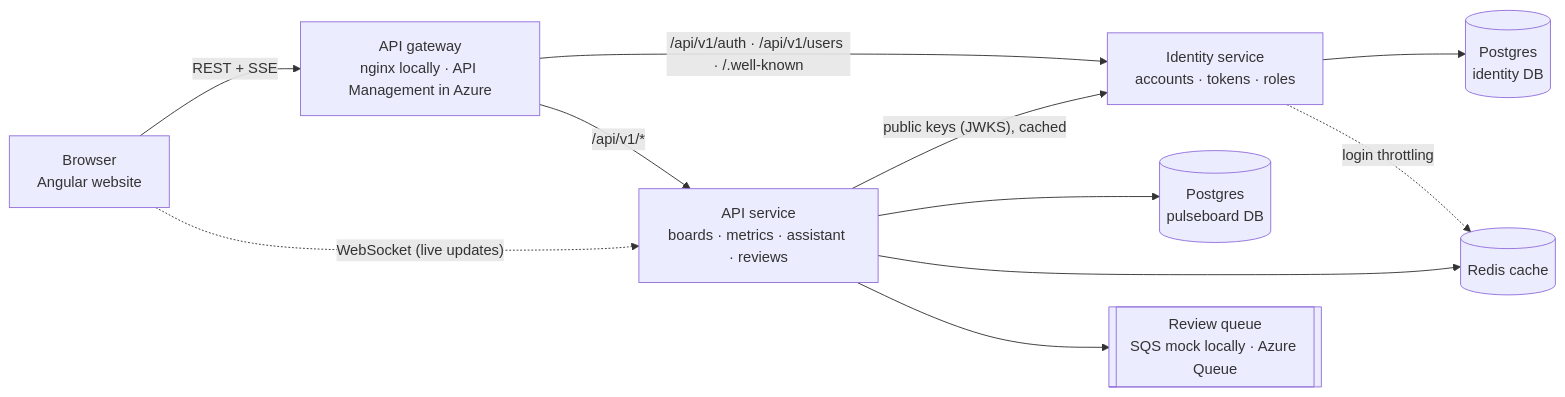
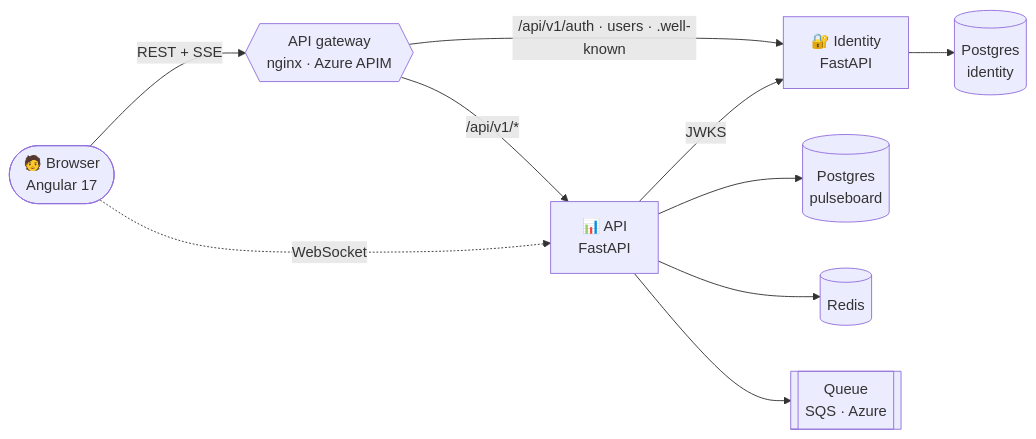
The diagram in README.md (Amarnath123122/pulseboard-platform), drawn with Mermaid before and after one commit. The commit also changed other lines of this file and 2 other files, not shown here.

Commit message:
Production-grade landing README (badges, hero, highlights, architecture, quick start, screenshots, environments, docs); full guide moved to docs/00-GUIDE.md

````diff
--- a/README.md
+++ b/README.md
@@ -124,22 +86,12 @@
 ```mermaid
 flowchart LR
-    B[Browser<br/>Angular website]
-    G[API gateway<br/>nginx locally · API Management in Azure]
-    I[Identity service<br/>accounts · tokens · roles]
-    A[API service<br/>boards · metrics · assistant · reviews]
-    PI[(Postgres<br/>identity DB)]
-    PA[(Postgres<br/>pulseboard DB)]
-    R[(Redis cache)]
-    Q[[Review queue<br/>SQS mock locally · Azure Queue]]
-
-    B -- "REST + SSE" --> G
-    B -. "WebSocket (live updates)" .-> A
-    G -- "/api/v1/auth · /api/v1/users · /.well-known" --> I
-    G -- "/api/v1/*" --> A
-    A -- "public keys (JWKS), cached" --> I
-    I --> PI
-    A --> PA
-    A --> R
-    I -. "login throttling" .-> R
-    A --> Q
+    B([🧑 Browser<br/>Angular 17]) -- REST + SSE --> G{{API gateway<br/>nginx · Azure APIM}}
+    B -. WebSocket .-> A
+    G -- /api/v1/auth · users · .well-known --> I[🔐 Identity<br/>FastAPI]
+    G -- /api/v1/* --> A[📊 API<br/>FastAPI]
+    A -- JWKS --> I
+    I --> PI[(Postgres<br/>identity)]
+    A --> PA[(Postgres<br/>pulseboard)]
+    A --> R[(Redis)]
+    A --> Q[[Queue<br/>SQS · Azure]]
 ```
````
